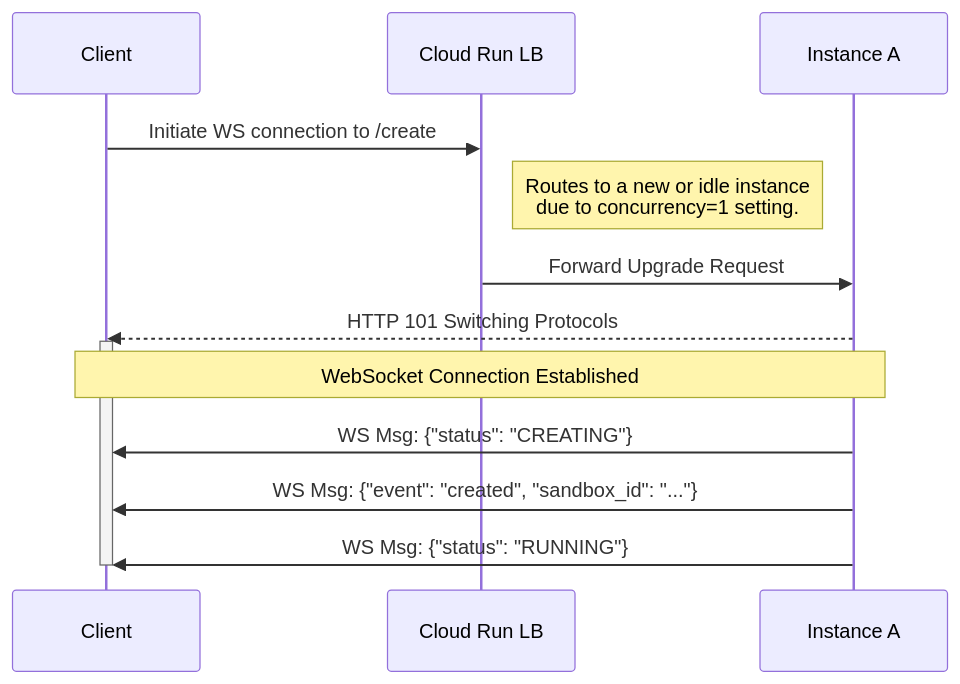
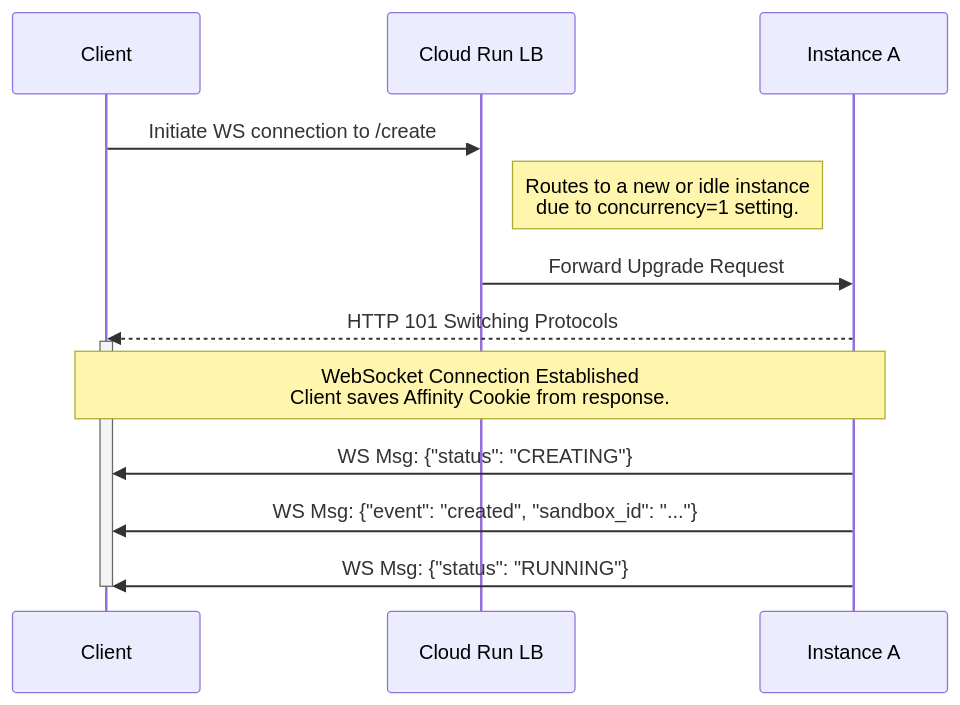
One commit to wlhee/cloud-run-sandbox changed the first of 3 diagrams in lifecycle.md. Above: the diagram before and after it, drawn with Mermaid. The commit also changed other lines of this file, not shown here.

First line of the commit message:
docs: Refine handoff protocol to use keep-alive connection

````diff
--- a/lifecycle.md
+++ b/lifecycle.md
@@ -73,17 +73,17 @@
 ```mermaid
 sequenceDiagram
     participant Client
     participant Cloud Run LB
     participant Instance A
 
     Client->>Cloud Run LB: Initiate WS connection to /create
     Note right of Cloud Run LB: Routes to a new or idle instance<br/>due to concurrency=1 setting.
     Cloud Run LB->>Instance A: Forward Upgrade Request
     Instance A-->>Client: HTTP 101 Switching Protocols
     activate Client
-    Note over Client, Instance A: WebSocket Connection Established
+    Note over Client, Instance A: WebSocket Connection Established<br/>Client saves Affinity Cookie from response.
     Instance A->>Client: WS Msg: {"status": "CREATING"}
     Instance A->>Client: WS Msg: {"event": "created", "sandbox_id": "..."}
     Instance A->>Client: WS Msg: {"status": "RUNNING"}
     deactivate Client
 ```
````
